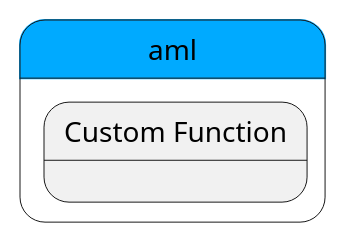
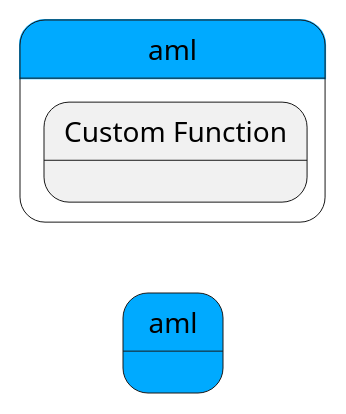
Before and after one commit to madajaju/sabr: the diagram in docs/sabr/aml/process.puml, drawn with PlantUML. The commit also changed 597 other files, not shown here.

```diff
--- a/docs/sabr/aml/process.puml
+++ b/docs/sabr/aml/process.puml
@@ -1,18 +1,18 @@
 @startuml
 left to right direction
 
 
 state "aml" as aml #00aaff {
 }
 
 
-state aml #00aaff {
+state "aml" as pstatename #00aaff {
     state "Custom Function" as amlfunction {
     }
 }
 
 
 
 
 
 @enduml
```
